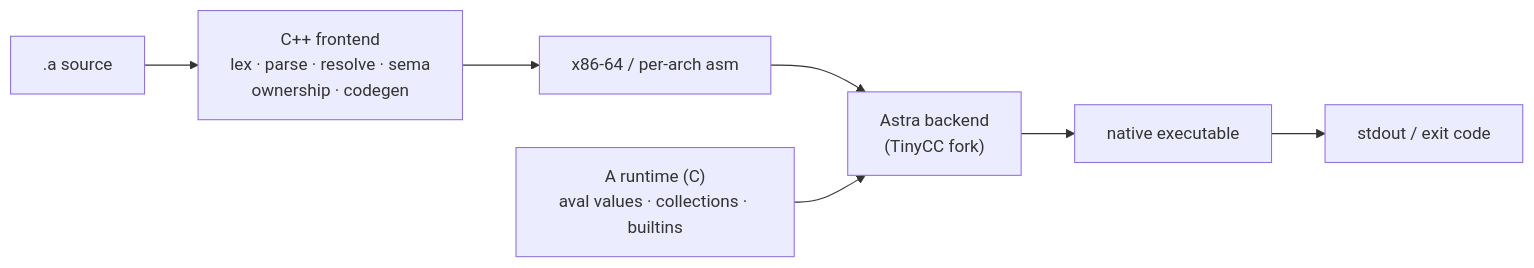
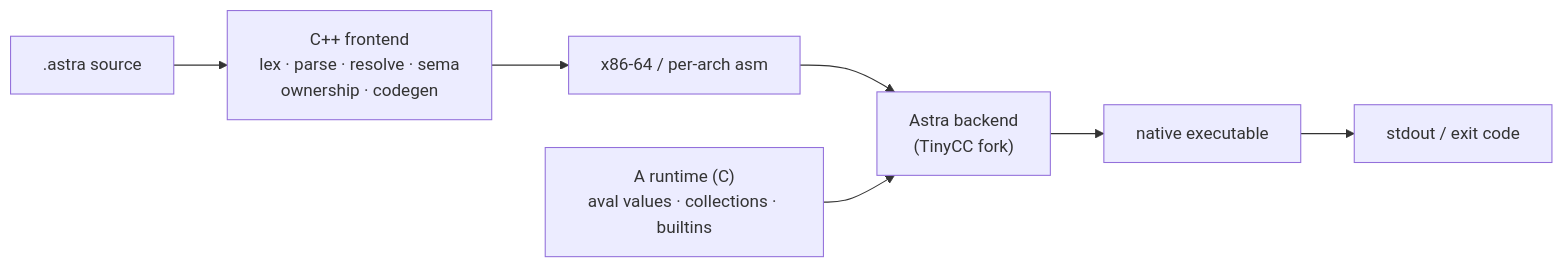
Before and after one commit to ALangLabs/A: the diagram in README.md, drawn with Mermaid. The commit also changed 23 other files, not shown here.

````diff
--- a/README.md
+++ b/README.md
@@ -158,9 +158,9 @@
 ```mermaid
 flowchart LR
-    src[".a source"] --> fe["C++ frontend<br/>lex · parse · resolve · sema<br/>ownership · codegen"]
+    src[".astra source"] --> fe["C++ frontend<br/>lex · parse · resolve · sema<br/>ownership · codegen"]
     fe --> s["x86-64 / per-arch asm"]
     s --> astra["Astra backend<br/>(TinyCC fork)"]
     rt["A runtime (C)<br/>aval values · collections · builtins"] --> astra
     astra --> bin["native executable"]
     bin --> out["stdout / exit code"]
 ```
````
